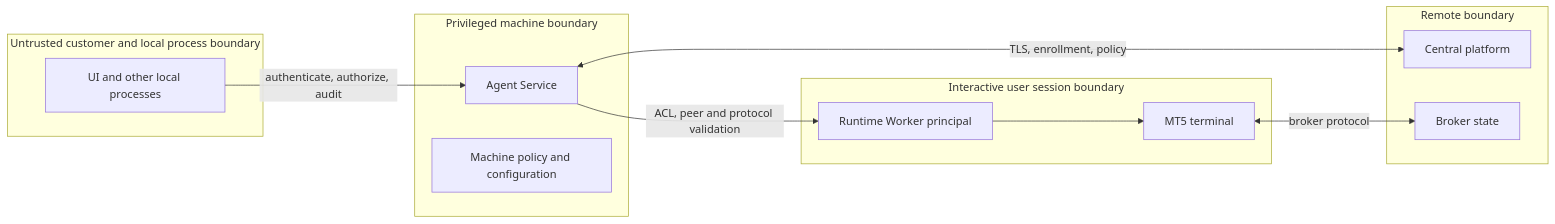
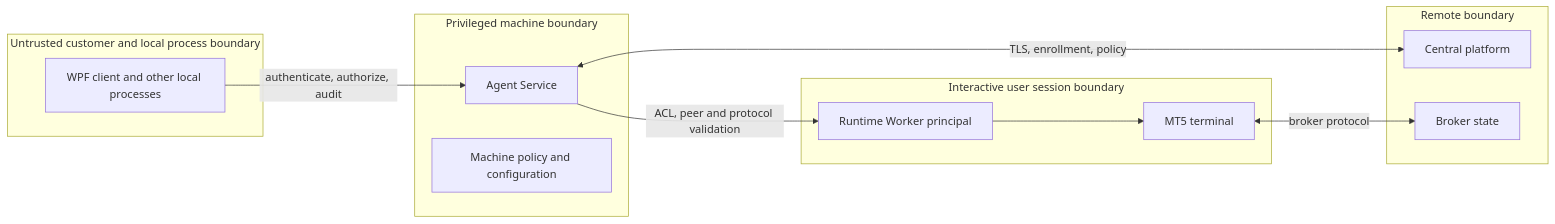
Before and after one commit to AmirrezaSobhi/agent: the third of 3 diagrams in docs/architecture/BLUEPRINT.md, drawn with Mermaid. The commit also changed other lines of this file and 35 other files, not shown here.

Commit message:
docs: finalize v0.1.4 WPF architecture

````diff
--- a/docs/architecture/BLUEPRINT.md
+++ b/docs/architecture/BLUEPRINT.md
@@ -89,23 +96,23 @@
 ```mermaid
 flowchart LR
   subgraph T1[Untrusted customer and local process boundary]
-    UI[UI and other local processes]
+  UI[WPF client and other local processes]
   end
   subgraph T2[Privileged machine boundary]
     Service[Agent Service]
     Config[Machine policy and configuration]
   end
   subgraph T3[Interactive user session boundary]
     Worker[Runtime Worker principal]
     Terminal[MT5 terminal]
   end
   subgraph T4[Remote boundary]
     Central[Central platform]
     Broker[Broker state]
   end
   UI -->|authenticate, authorize, audit| Service
   Service -->|ACL, peer and protocol validation| Worker
   Worker --> Terminal
   Service <-->|TLS, enrollment, policy| Central
   Terminal <-->|broker protocol| Broker
 ```
````
